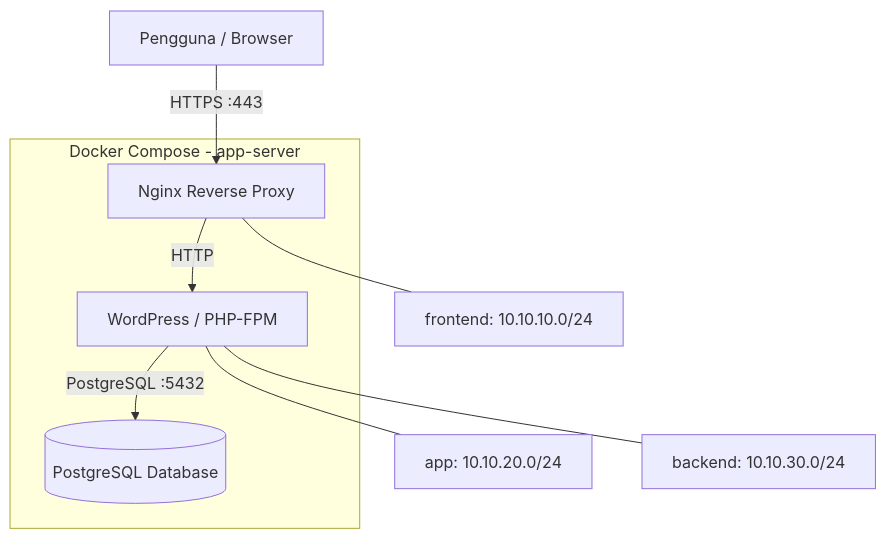
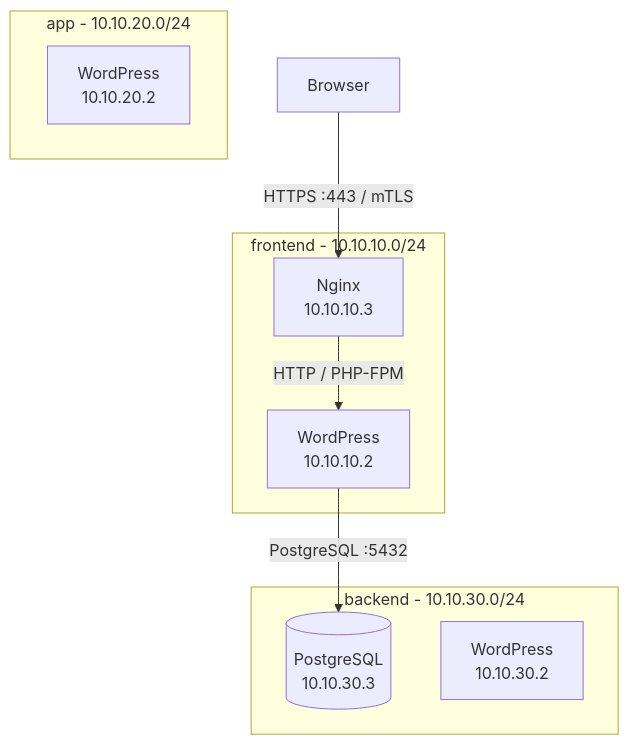
One commit to lukmanul-khakim/junior-system-engineer changed the diagram in README.md. Above: the diagram before and after it, drawn with Mermaid. The commit also changed other lines of this file and 3 other files, not shown here.

````diff
--- a/README.md
+++ b/README.md
@@ -44,17 +7,18 @@
 ```mermaid
 flowchart TD
-    U["Pengguna / Browser"] -->|"HTTPS :443"| N["Nginx Reverse Proxy"]
-    N -->|"HTTP"| W["WordPress / PHP-FPM"]
-    W -->|"PostgreSQL :5432"| D[("PostgreSQL Database")]
+    U[Browser] -->|HTTPS :443 / mTLS| N[Nginx\n10.10.10.3]
+    N -->|HTTP / PHP-FPM| W[WordPress\n10.10.10.2]
+    W -->|PostgreSQL :5432| D[(PostgreSQL\n10.10.30.3)]
 
-    subgraph Docker["Docker Compose - app-server"]
-        N
-        W
-        D
+    subgraph FE[frontend - 10.10.10.0/24]
+      N
+      W
     end
-
-    N --- F["frontend: 10.10.10.0/24"]
-    W --- A["app: 10.10.20.0/24"]
-    W --- B["backend: 10.10.30.0/24"]
-
+    subgraph APP[app - 10.10.20.0/24]
+      W2[WordPress\n10.10.20.2]
+    end
+    subgraph BE[backend - 10.10.30.0/24]
+      W3[WordPress\n10.10.30.2]
+      D
+    end
 ```
````
